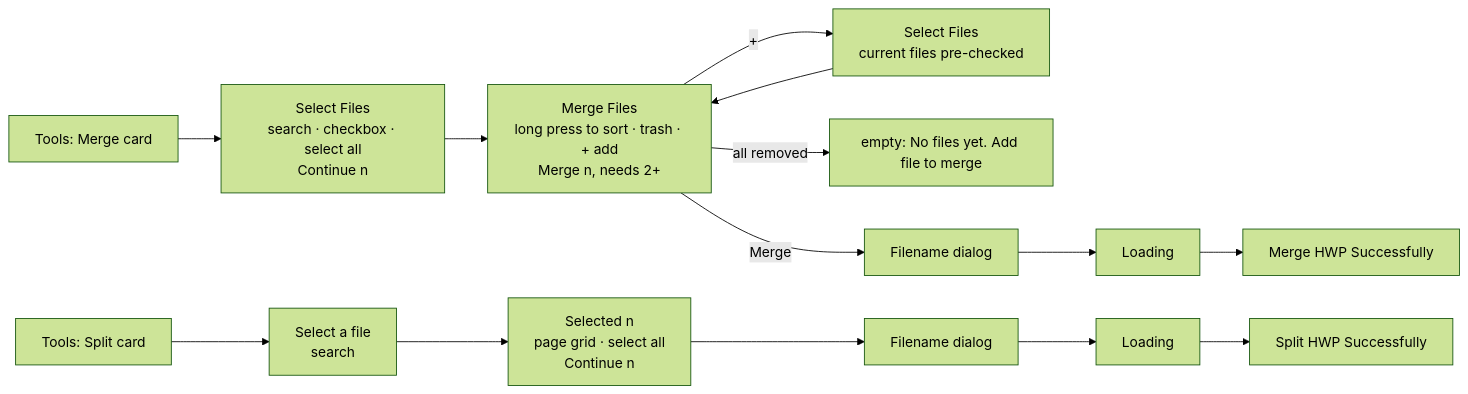
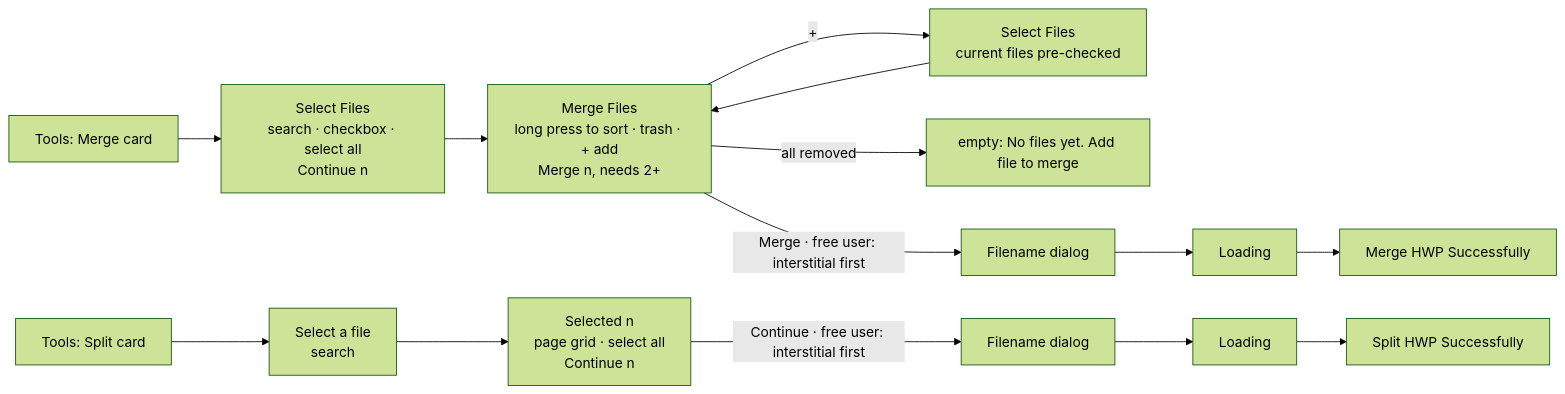
One commit to nguyenhuudat98bn/esi05_hwp changed the diagram in docs/flows/hwp-merge-split-poc.md. Above: the diagram before and after it, drawn with Mermaid (forest theme). The commit also changed other lines of this file and 4 other files, not shown here.

First line of the commit message:
feat(ads): interstitial at the Merge / Continue / Convert tap, before the file-name dialog (as OCR)

````diff
--- a/docs/flows/hwp-merge-split-poc.md
+++ b/docs/flows/hwp-merge-split-poc.md
@@ -9,10 +9,10 @@
 ```mermaid
 flowchart LR
   T[Tools: Merge card] --> MS[Select Files<br/>search · checkbox · select all<br/>Continue n]
   MS --> MF[Merge Files<br/>long press to sort · trash · + add<br/>Merge n, needs 2+]
   MF -->|+| MS2[Select Files<br/>current files pre-checked] --> MF
   MF -->|all removed| ME[empty: No files yet. Add file to merge]
-  MF -->|Merge| N1[Filename dialog] --> L1[Loading] --> D1[Merge HWP Successfully]
+  MF -->|Merge · free user: interstitial first| N1[Filename dialog] --> L1[Loading] --> D1[Merge HWP Successfully]
   T2[Tools: Split card] --> SF[Select a file<br/>search] --> SP[Selected n<br/>page grid · select all<br/>Continue n]
-  SP --> N2[Filename dialog] --> L2[Loading] --> D2[Split HWP Successfully]
+  SP -->|Continue · free user: interstitial first| N2[Filename dialog] --> L2[Loading] --> D2[Split HWP Successfully]
 ```
````
